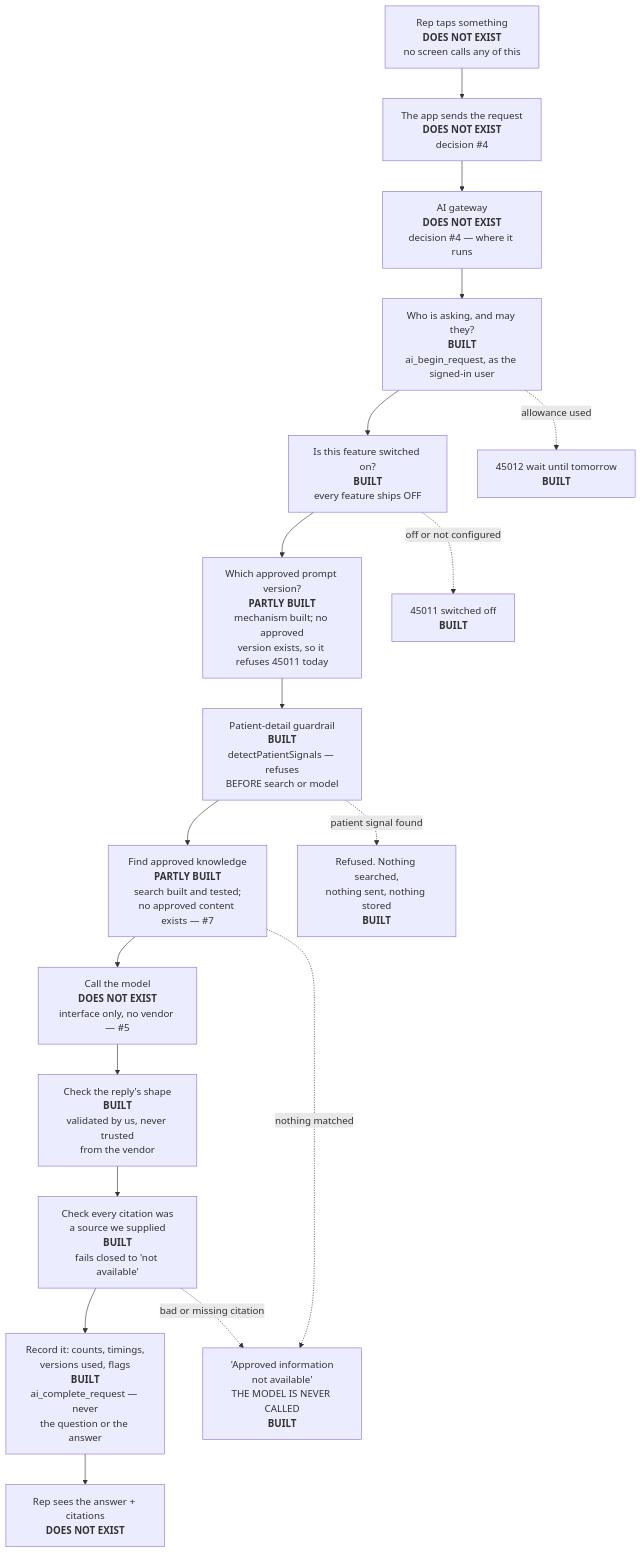
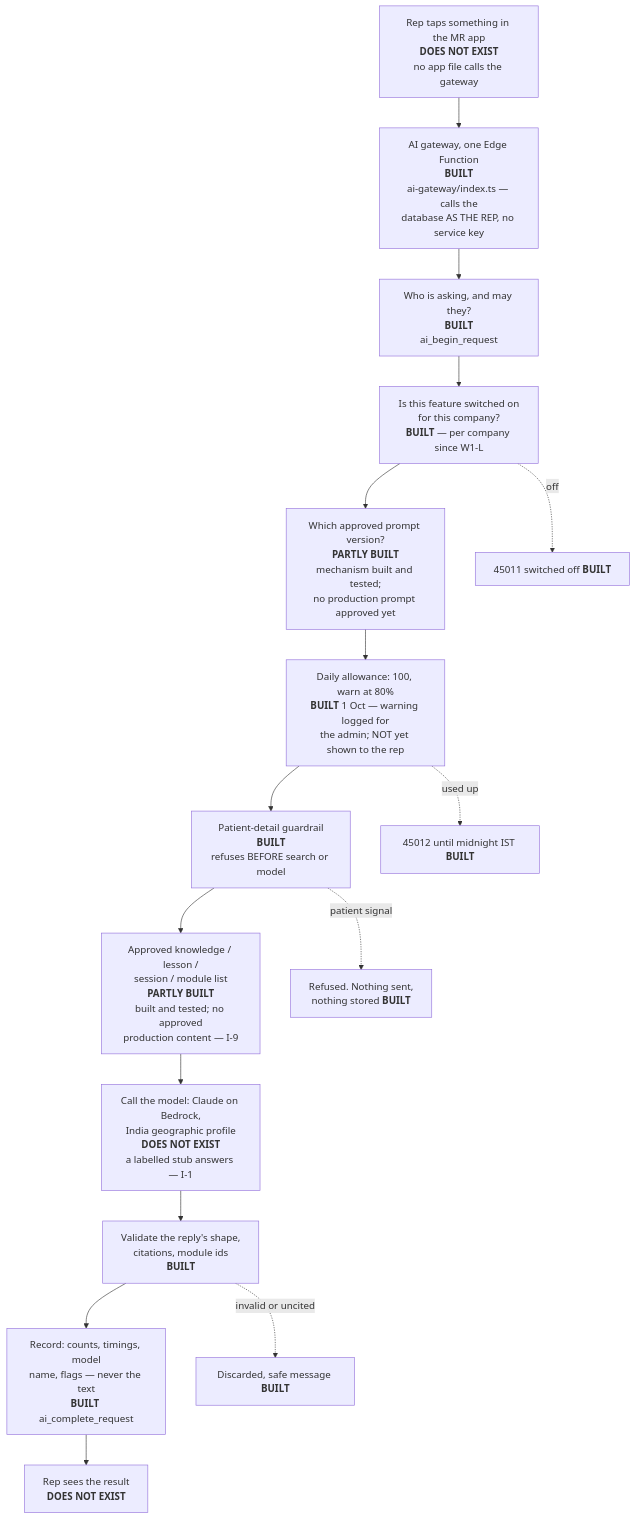
Before and after one commit to Praverse-Tech-Pvt-Ltd/Elmiron-App: the first of 2 diagrams in docs/ai-platform/AI-SPEC.md, drawn with Mermaid. The commit also changed other lines of this file and 20 other files, not shown here.

First line of the commit message:
feat: W1-M -- nine coach items, the 80% allowance warning, provider stopped at B1

````diff
--- a/docs/ai-platform/AI-SPEC.md
+++ b/docs/ai-platform/AI-SPEC.md
@@ -565,24 +218,22 @@
 ```mermaid
 flowchart TD
-    A["Rep taps something<br/><b>DOES NOT EXIST</b><br/>no screen calls any of this"]
-    B["The app sends the request<br/><b>DOES NOT EXIST</b><br/>decision #4"]
-    C["AI gateway<br/><b>DOES NOT EXIST</b><br/>decision #4 — where it runs"]
-    D["Who is asking, and may they?<br/><b>BUILT</b><br/>ai_begin_request, as the signed-in user"]
-    E["Is this feature switched on?<br/><b>BUILT</b><br/>every feature ships OFF"]
-    F["Which approved prompt version?<br/><b>PARTLY BUILT</b><br/>mechanism built; no approved<br/>version exists, so it refuses 45011 today"]
-    G["Patient-detail guardrail<br/><b>BUILT</b><br/>detectPatientSignals — refuses<br/>BEFORE search or model"]
-    H["Find approved knowledge<br/><b>PARTLY BUILT</b><br/>search built and tested;<br/>no approved content exists — #7"]
-    I["Call the model<br/><b>DOES NOT EXIST</b><br/>interface only, no vendor — #5"]
-    J["Check the reply's shape<br/><b>BUILT</b><br/>validated by us, never trusted<br/>from the vendor"]
-    K["Check every citation was<br/>a source we supplied<br/><b>BUILT</b><br/>fails closed to 'not available'"]
-    L["Record it: counts, timings,<br/>versions used, flags<br/><b>BUILT</b><br/>ai_complete_request — never<br/>the question or the answer"]
-    M["Rep sees the answer + citations<br/><b>DOES NOT EXIST</b>"]
+    A["Rep taps something in the MR app<br/><b>DOES NOT EXIST</b><br/>no app file calls the gateway"]
+    C["AI gateway, one Edge Function<br/><b>BUILT</b><br/>ai-gateway/index.ts — calls the<br/>database AS THE REP, no service key"]
+    D["Who is asking, and may they?<br/><b>BUILT</b><br/>ai_begin_request"]
+    E["Is this feature switched on<br/>for this company?<br/><b>BUILT</b> — per company since W1-L"]
+    F["Which approved prompt version?<br/><b>PARTLY BUILT</b><br/>mechanism built and tested;<br/>no production prompt approved yet"]
+    W["Daily allowance: 100, warn at 80%<br/><b>BUILT</b> 1 Oct — warning logged for<br/>the admin; NOT yet shown to the rep"]
+    G["Patient-detail guardrail<br/><b>BUILT</b><br/>refuses BEFORE search or model"]
+    H["Approved knowledge / lesson /<br/>session / module list<br/><b>PARTLY BUILT</b><br/>built and tested; no approved<br/>production content — I-9"]
+    I["Call the model: Claude on Bedrock,<br/>India geographic profile<br/><b>DOES NOT EXIST</b><br/>a labelled stub answers — I-1"]
+    J["Validate the reply's shape,<br/>citations, module ids<br/><b>BUILT</b>"]
+    L["Record: counts, timings, model<br/>name, flags — never the text<br/><b>BUILT</b> ai_complete_request"]
+    M["Rep sees the result<br/><b>DOES NOT EXIST</b>"]
 
-    A --> B --> C --> D --> E --> F --> G --> H --> I --> J --> K --> L --> M
+    A --> C --> D --> E --> F --> W --> G --> H --> I --> J --> L --> M
 
-    G -.->|patient signal found| R1["Refused. Nothing searched,<br/>nothing sent, nothing stored<br/><b>BUILT</b>"]
-    E -.->|off or not configured| R2["45011 switched off<br/><b>BUILT</b>"]
-    D -.->|allowance used| R3["45012 wait until tomorrow<br/><b>BUILT</b>"]
-    H -.->|nothing matched| R4["'Approved information<br/>not available'<br/>THE MODEL IS NEVER CALLED<br/><b>BUILT</b>"]
-    K -.->|bad or missing citation| R4
+    G -.->|patient signal| R1["Refused. Nothing sent,<br/>nothing stored <b>BUILT</b>"]
+    E -.->|off| R2["45011 switched off <b>BUILT</b>"]
+    W -.->|used up| R3["45012 until midnight IST <b>BUILT</b>"]
+    J -.->|invalid or uncited| R4["Discarded, safe message <b>BUILT</b>"]
 ```
````
